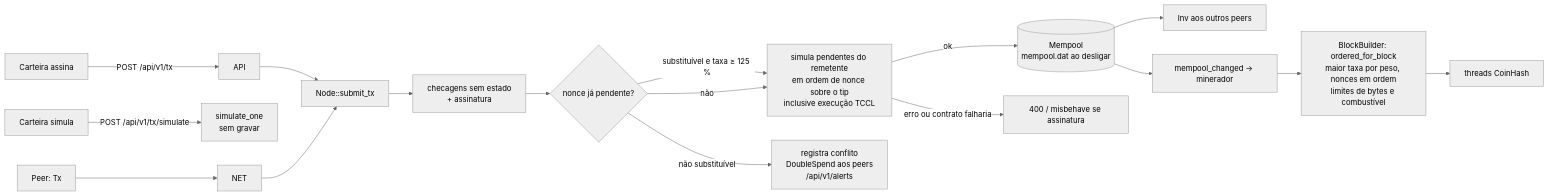
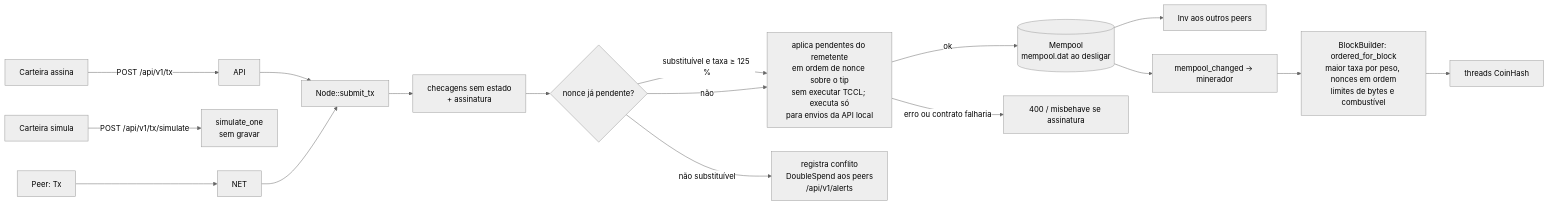
One commit to LucasBolla94/thecoin changed the third of 3 diagrams in docs/ARCHITECTURE.md. Above: the diagram before and after it, drawn with Mermaid (neutral theme). The commit also changed other lines of this file and 6 other files, not shown here.

First line of the commit message:
mempool: do not execute contract code for relayed transactions or on re-validation (free CPU DoS); check nonce, funds and fee with apply_tx_unexecuted; local API submissions still refuse calls that would fail

````diff
--- a/docs/ARCHITECTURE.md
+++ b/docs/ARCHITECTURE.md
@@ -169,19 +169,19 @@
 ```mermaid
 flowchart LR
     W[Carteira assina] -->|POST /api/v1/tx| API
     WS[Carteira simula] -->|POST /api/v1/tx/simulate| SIMAPI[simulate_one<br/>sem gravar]
     PEER[Peer: Tx] --> NET
     API --> SUB[Node::submit_tx]
     NET --> SUB
     SUB --> ST[checagens sem estado<br/>+ assinatura]
     ST --> NONCE{nonce já pendente?}
     NONCE -->|substituível e taxa ≥ 125 %| SIM
     NONCE -->|não substituível| DS[registra conflito<br/>DoubleSpend aos peers<br/>/api/v1/alerts]
-    NONCE -->|não| SIM[simula pendentes do remetente<br/>em ordem de nonce sobre o tip<br/>inclusive execução TCCL]
+    NONCE -->|não| SIM[aplica pendentes do remetente<br/>em ordem de nonce sobre o tip<br/>sem executar TCCL; executa só<br/>para envios da API local]
     SIM -->|ok| POOL[(Mempool<br/>mempool.dat ao desligar)]
     SIM -->|erro ou contrato falharia| REJ[400 / misbehave se assinatura]
     POOL --> RELAY[Inv aos outros peers]
     POOL --> NOTIFY[mempool_changed → minerador]
     NOTIFY --> TPL[BlockBuilder: ordered_for_block<br/>maior taxa por peso, nonces em ordem<br/>limites de bytes e combustível]
     TPL --> MINE[threads CoinHash]
 ```
````
